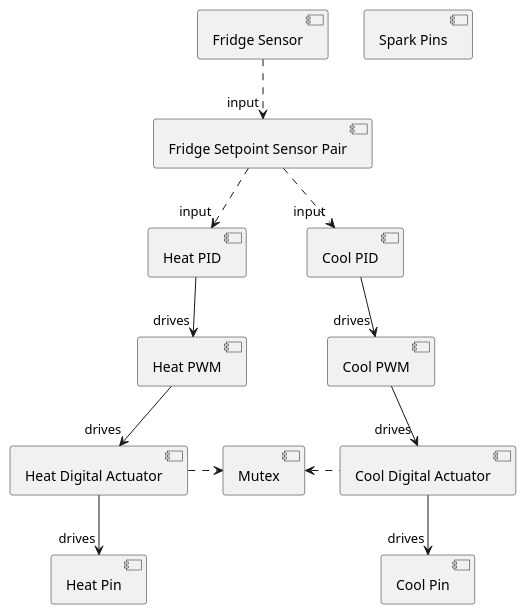
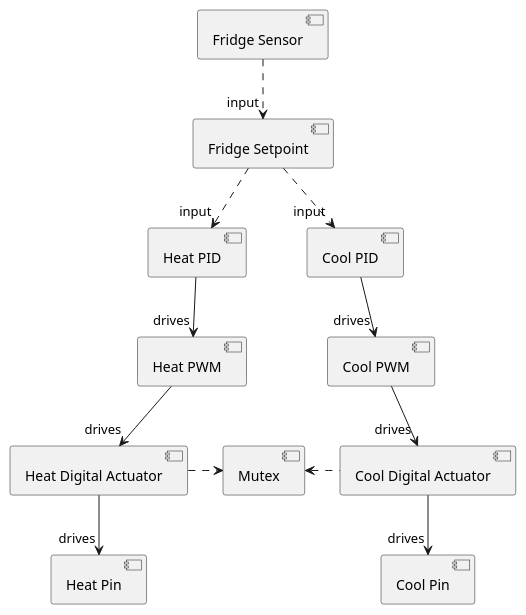
Before and after one commit to BrewBlox/brewblox-documentation: the diagram in docs/uml/fridge_chain.puml, drawn with PlantUML. The commit also changed 5 other files, not shown here.

Commit message:
fix naming in plant uml

```diff
--- a/docs/uml/fridge_chain.puml
+++ b/docs/uml/fridge_chain.puml
@@ -1,32 +1,31 @@
 @startuml Fridge Control Chain
 component heat_PID as "Heat PID"
 component heat_PWM as "Heat PWM"
 component heat_Digital as "Heat Digital Actuator"
 component heat_Pin as "Heat Pin"
 
 component cool_PID as "Cool PID"
 component cool_PWM as "Cool PWM"
 component cool_Digital as "Cool Digital Actuator"
 component cool_Pin as "Cool Pin"
 
-component fridge_SSP as "Fridge Setpoint Sensor Pair"
+component fridge_SSP as "Fridge Setpoint"
 component fridge_Sensor as "Fridge Sensor"
 
 component Mutex
-component SparkPins as "Spark Pins"
 
 fridge_Sensor .down.> "input" fridge_SSP
 fridge_SSP .down.> "input" heat_PID
 fridge_SSP .down.> "input" cool_PID
 
 heat_PID -down-> "drives" heat_PWM
 heat_PWM -down-> "drives" heat_Digital
 heat_Digital -down-> "drives" heat_Pin
 heat_Digital .right.> Mutex
 
 cool_PID -down-> "drives" cool_PWM
 cool_PWM -down-> "drives" cool_Digital
 cool_Digital -down-> "drives" cool_Pin
 cool_Digital .left.> Mutex
 
 @enduml
```
